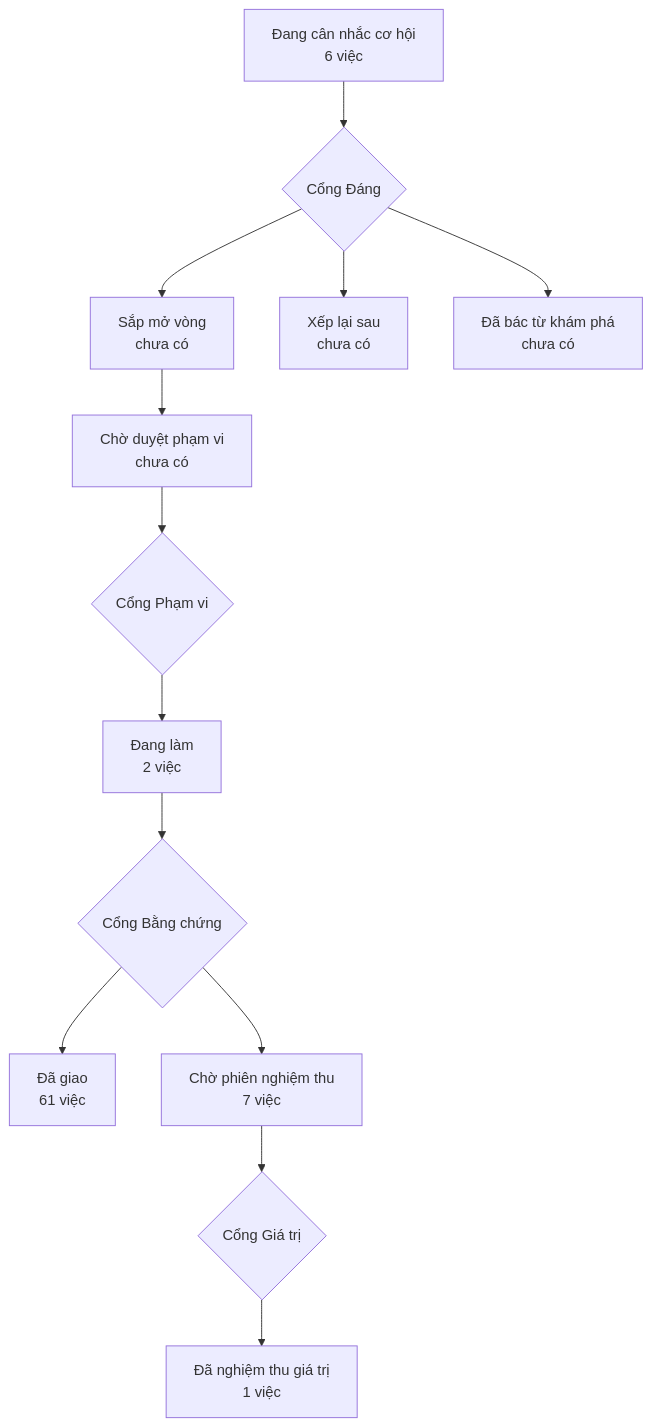
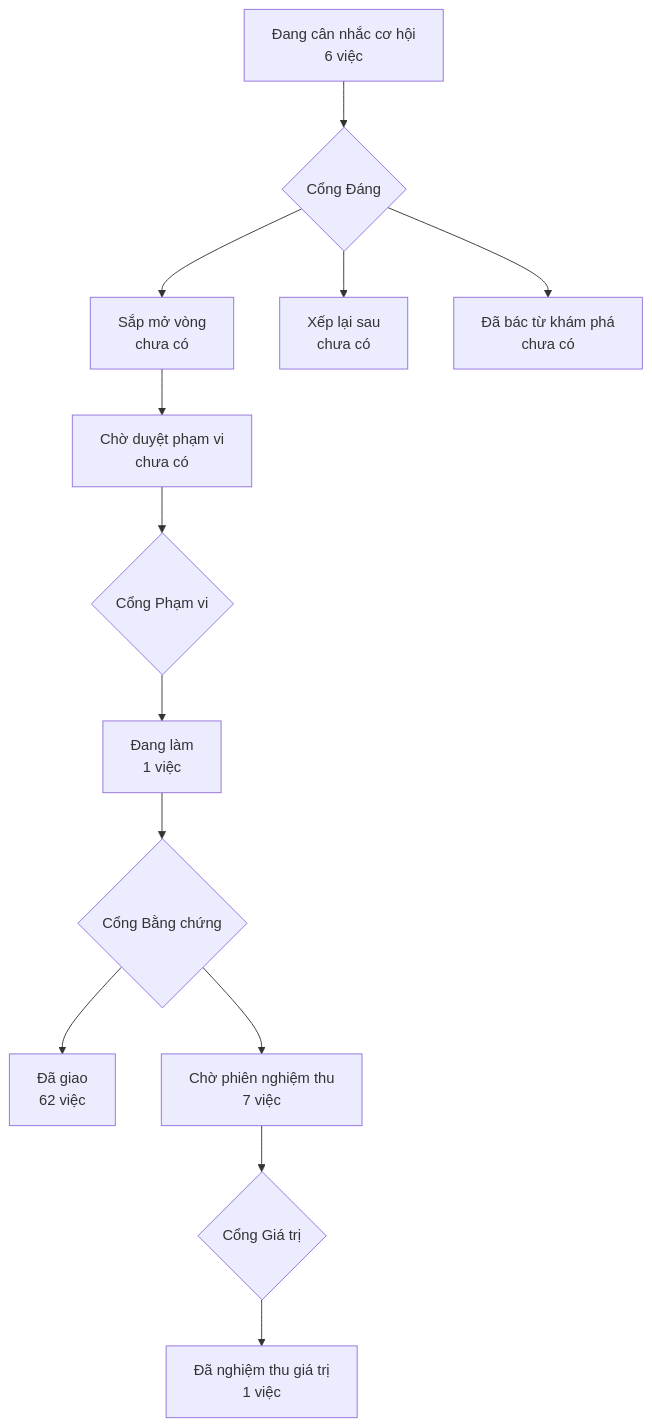
One commit to phanlemanh/crm-onehub changed the diagram in PRODUCT-MAP.md. Above: the diagram before and after it, drawn with Mermaid. The commit also changed 3 other files, not shown here.

````diff
--- a/PRODUCT-MAP.md
+++ b/PRODUCT-MAP.md
@@ -6,12 +6,12 @@
 ```mermaid
 flowchart TD
   A["Đang cân nhắc cơ hội<br/>6 việc"] --> GD{"Cổng Đáng"}
   GD --> B["Sắp mở vòng<br/>chưa có"]
   GD --> XL["Xếp lại sau<br/>chưa có"]
   GD --> DB["Đã bác từ khám phá<br/>chưa có"]
   B --> CD["Chờ duyệt phạm vi<br/>chưa có"] --> GP{"Cổng Phạm vi"}
-  GP --> DL["Đang làm<br/>2 việc"] --> GB{"Cổng Bằng chứng"}
-  GB --> DG["Đã giao<br/>61 việc"]
+  GP --> DL["Đang làm<br/>1 việc"] --> GB{"Cổng Bằng chứng"}
+  GB --> DG["Đã giao<br/>62 việc"]
   GB --> CN["Chờ phiên nghiệm thu<br/>7 việc"] --> GG{"Cổng Giá trị"}
   GG --> NT["Đã nghiệm thu giá trị<br/>1 việc"]
 ```
````
